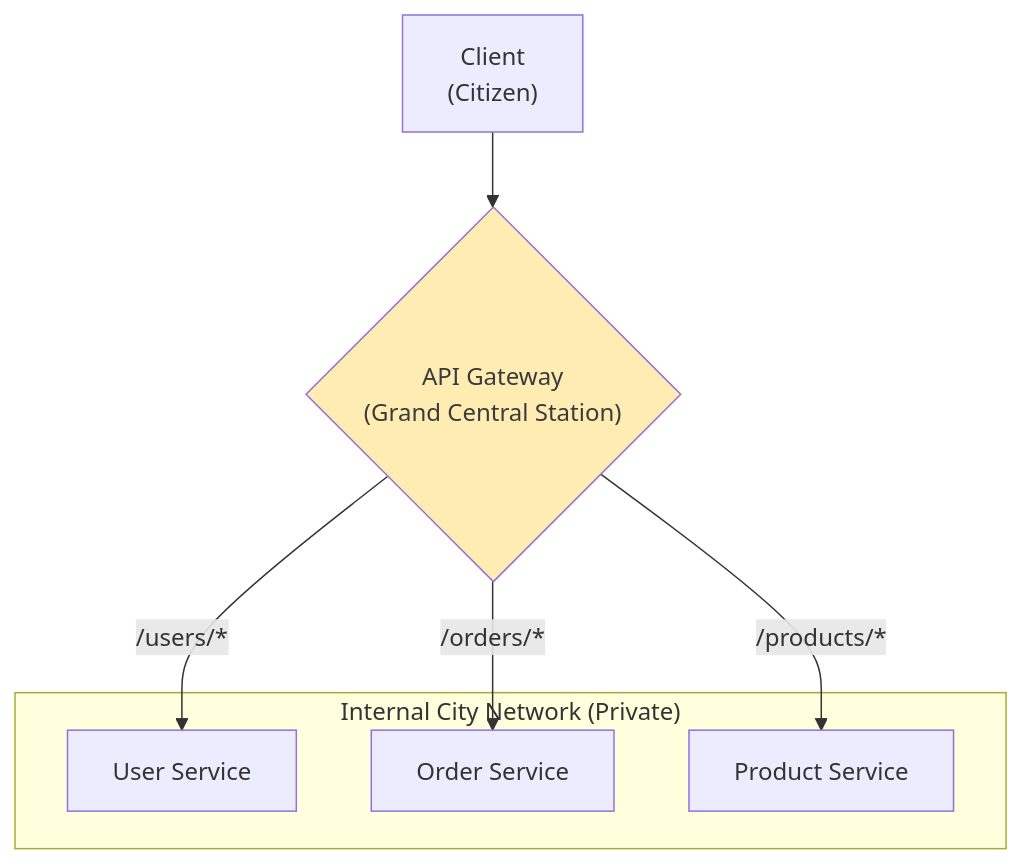
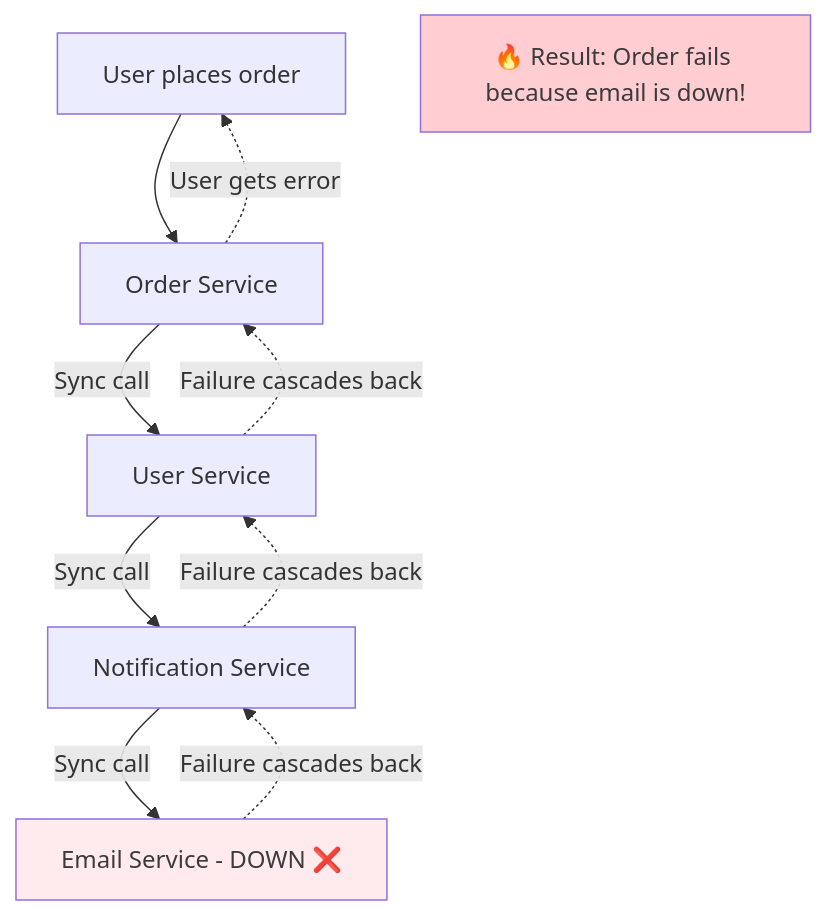
One commit to ridwanspace/restful-fastapi-guideline changed the fourth of 6 diagrams in app/docs/04_advanced/04-fastapi-microservices-architecture/page.mdx. Above: the diagram before and after it, drawn with Mermaid. The commit also changed other lines of this file and 1 other file, not shown here.

````diff
--- a/app/docs/04_advanced/04-fastapi-microservices-architecture/page.mdx
+++ b/app/docs/04_advanced/04-fastapi-microservices-architecture/page.mdx
@@ -86,16 +2158,17 @@
 ```mermaid
 graph TD
-    A["Client<br>(Citizen)"] --> B{"API Gateway<br>(Grand Central Station)"};
-
-    subgraph "Internal City Network (Private)"
-        C[User Service]
-        D[Order Service]
-        E[Product Service]
-    end
-
-    B -->|/users/*| C;
-    B -->|/orders/*| D;
-    B -->|/products/*| E;
-
-    style B fill:#ffecb3,color:#3b3b3b
+    A[User places order] --> B[Order Service]
+    B -->|Sync call| C[User Service]
+    C -->|Sync call| D[Notification Service]
+    D -->|Sync call| E[Email Service - DOWN ❌]
+    
+    E -.->|Failure cascades back| D
+    D -.->|Failure cascades back| C
+    C -.->|Failure cascades back| B
+    B -.->|User gets error| A
+    
+    F[🔥 Result: Order fails because email is down!]
+    
+    style E fill:#ffebee,color:#3b3b3b
+    style F fill:#ffcdd2,color:#3b3b3b
 ```
````
